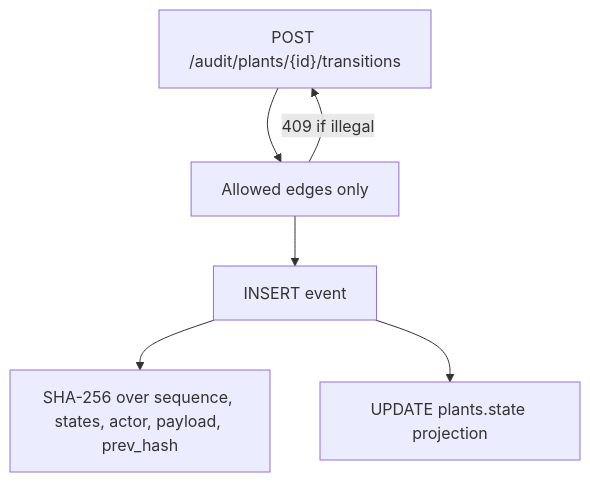
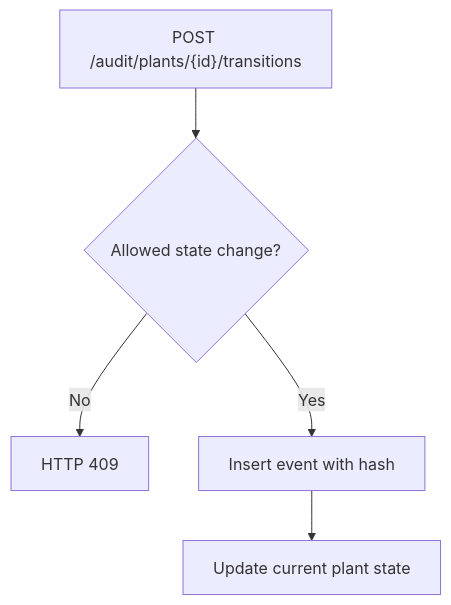
One commit to TontoBlanco/grow-room-platform changed the third of 3 diagrams in docs/CAPSTONE.md. Above: the diagram before and after it, drawn with Mermaid. The commit also changed other lines of this file and 1 other file, not shown here.

````diff
--- a/docs/CAPSTONE.md
+++ b/docs/CAPSTONE.md
@@ -252,8 +325,7 @@
 ```mermaid
 flowchart TB
-  REQ["POST /audit/plants/{id}/transitions"] --> FSM["Allowed edges only"]
-  FSM -->|409 if illegal| REQ
-  FSM --> INS["INSERT event"]
-  INS --> CHAIN["SHA-256 over sequence, states, actor, payload, prev_hash"]
-  INS --> PROJ["UPDATE plants.state projection"]
+  REQ["POST /audit/plants/{id}/transitions"] --> CHECK{"Allowed state change?"}
+  CHECK -->|No| ERR["HTTP 409"]
+  CHECK -->|Yes| INSERT["Insert event with hash"]
+  INSERT --> UPDATE["Update current plant state"]
 ```
````
